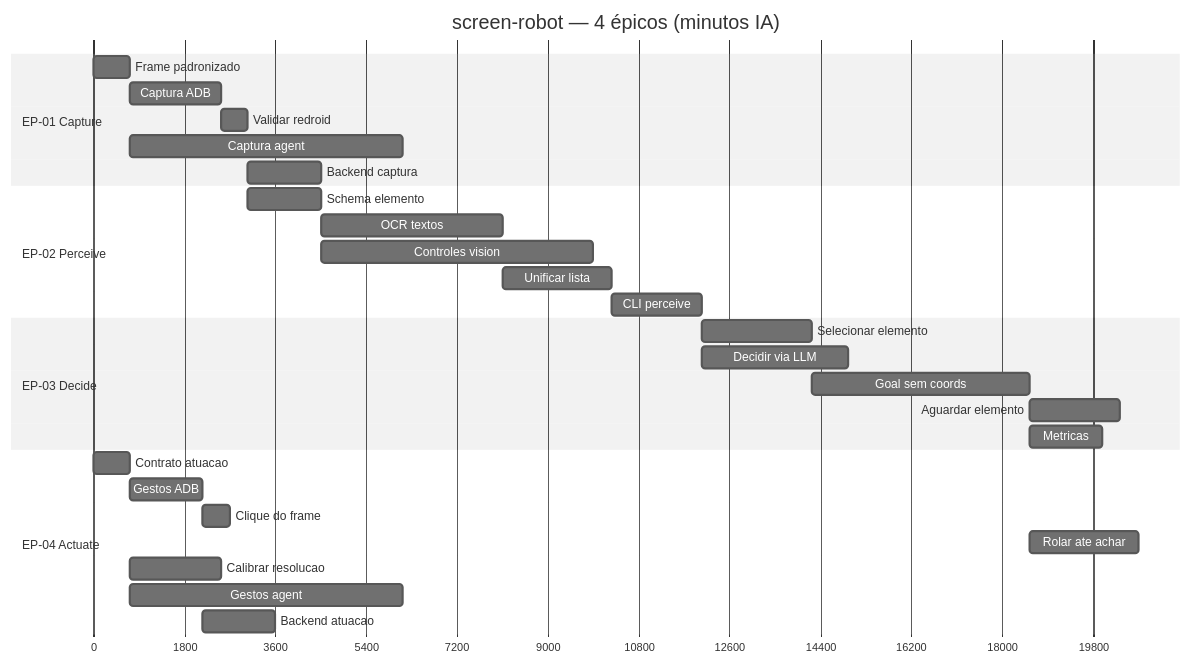
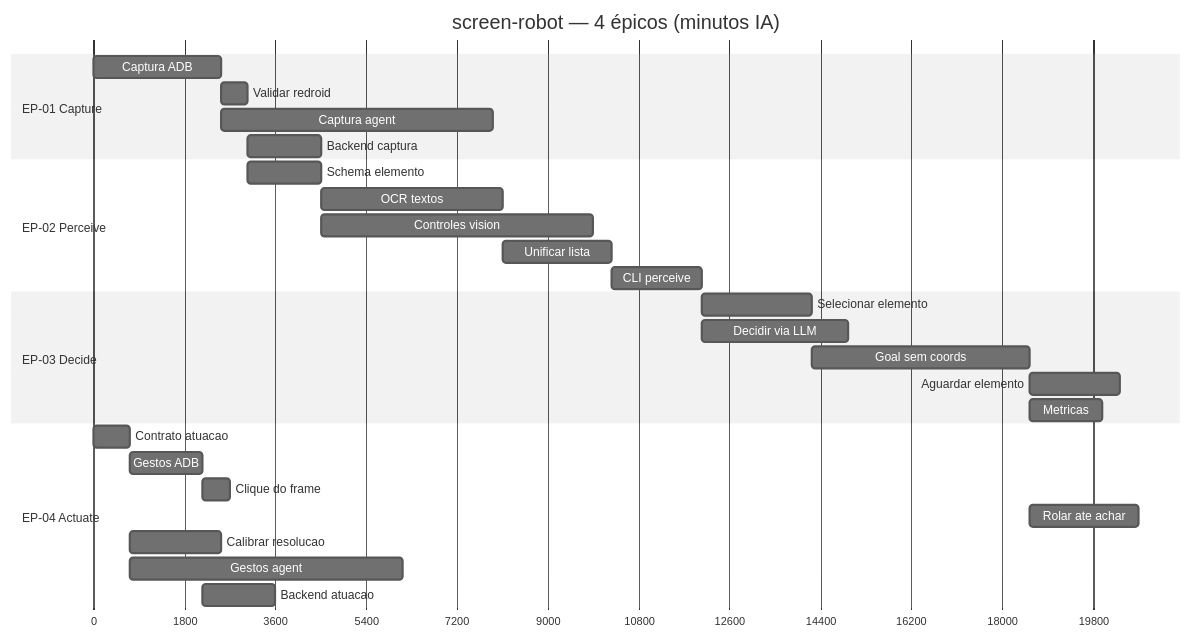
The diagram in core/board/README.md (laerciogermano/workstation), drawn with Mermaid (neutral theme) before and after one commit. The commit also changed 9 other files, not shown here.

Commit message:
Fundir US-01 e US-02 do Capture: uma história de capturar tela via ADB com frame padronizado.

````diff
--- a/core/board/README.md
+++ b/core/board/README.md
@@ -14,36 +14,35 @@
 ```mermaid
 gantt
   title screen-robot — 4 épicos (minutos IA)
   dateFormat X
   axisFormat %s
 
   section EP-01 Capture
-  Frame padronizado        :a01, 0, 12m
-  Captura ADB              :a02, after a01, 30m
-  Validar redroid          :a03, after a02, 9m
-  Captura agent            :a04, after a01, 90m
-  Backend captura          :a05, after a03, 24m
+  Captura ADB              :a01, 0, 42m
+  Validar redroid          :a02, after a01, 9m
+  Captura agent            :a03, after a01, 90m
+  Backend captura          :a04, after a02, 24m
 
   section EP-02 Perceive
-  Schema elemento          :b01, after a03, 24m
+  Schema elemento          :b01, after a02, 24m
   OCR textos               :b02, after b01, 60m
   Controles vision         :b03, after b01, 90m
   Unificar lista           :b04, after b02, 36m
   CLI perceive             :b05, after b04, 30m
 
   section EP-03 Decide
   Selecionar elemento      :c01, after b05, 36m
   Decidir via LLM          :c02, after b05, 48m
   Goal sem coords          :c03, after c01, 72m
   Aguardar elemento        :c04, after c03, 30m
   Metricas                 :c05, after c03, 24m
 
   section EP-04 Actuate
   Contrato atuacao         :d01, 0, 12m
   Gestos ADB               :d02, after d01, 24m
   Clique do frame          :d03, after d02, 9m
   Rolar ate achar          :d04, after c03, 36m
   Calibrar resolucao       :d05, after d01, 30m
   Gestos agent             :d06, after d01, 90m
   Backend atuacao          :d07, after d02, 24m
 ```
````
